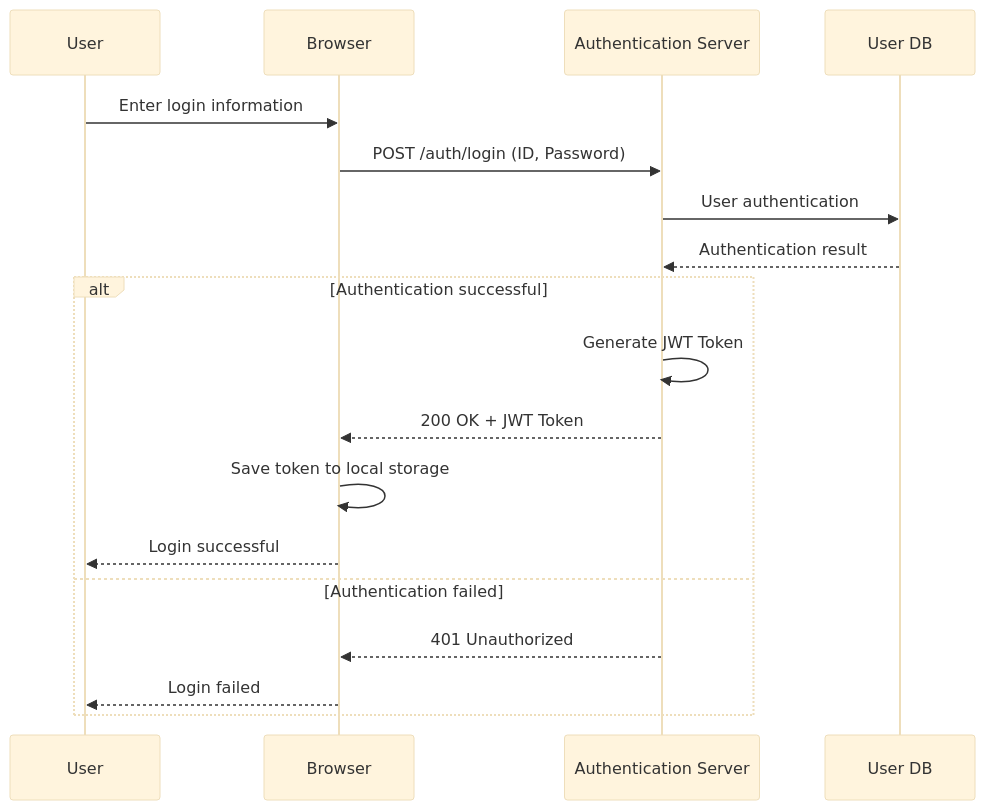
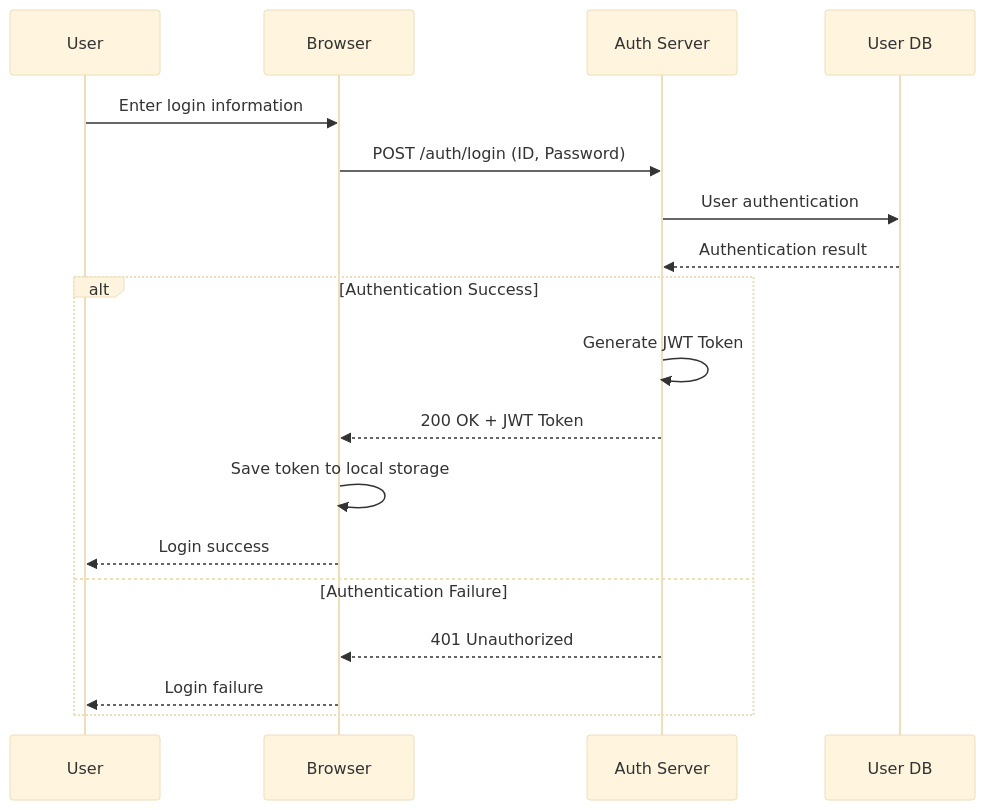
Before and after one commit to bmf-san/bmf-tech: the sixth of 8 diagrams in content/en/posts/session-token-authentication.md, drawn with Mermaid (base theme). The commit also changed other lines of this file and 425 other files, not shown here.

````diff
--- a/content/en/posts/session-token-authentication.md
+++ b/content/en/posts/session-token-authentication.md
@@ -281,22 +283,22 @@
 ```mermaid
 sequenceDiagram
     participant U as User
     participant B as Browser
-    participant Auth as Authentication Server
+    participant Auth as Auth Server
     participant DB as User DB
 
     U->>B: Enter login information
     B->>Auth: POST /auth/login (ID, Password)
     Auth->>DB: User authentication
     DB-->>Auth: Authentication result
 
-    alt Authentication successful
+    alt Authentication Success
         Auth->>Auth: Generate JWT Token
         Auth-->>B: 200 OK + JWT Token
         B->>B: Save token to local storage
-        B-->>U: Login successful
-    else Authentication failed
+        B-->>U: Login success
+    else Authentication Failure
         Auth-->>B: 401 Unauthorized
-        B-->>U: Login failed
+        B-->>U: Login failure
     end
 ```
````
